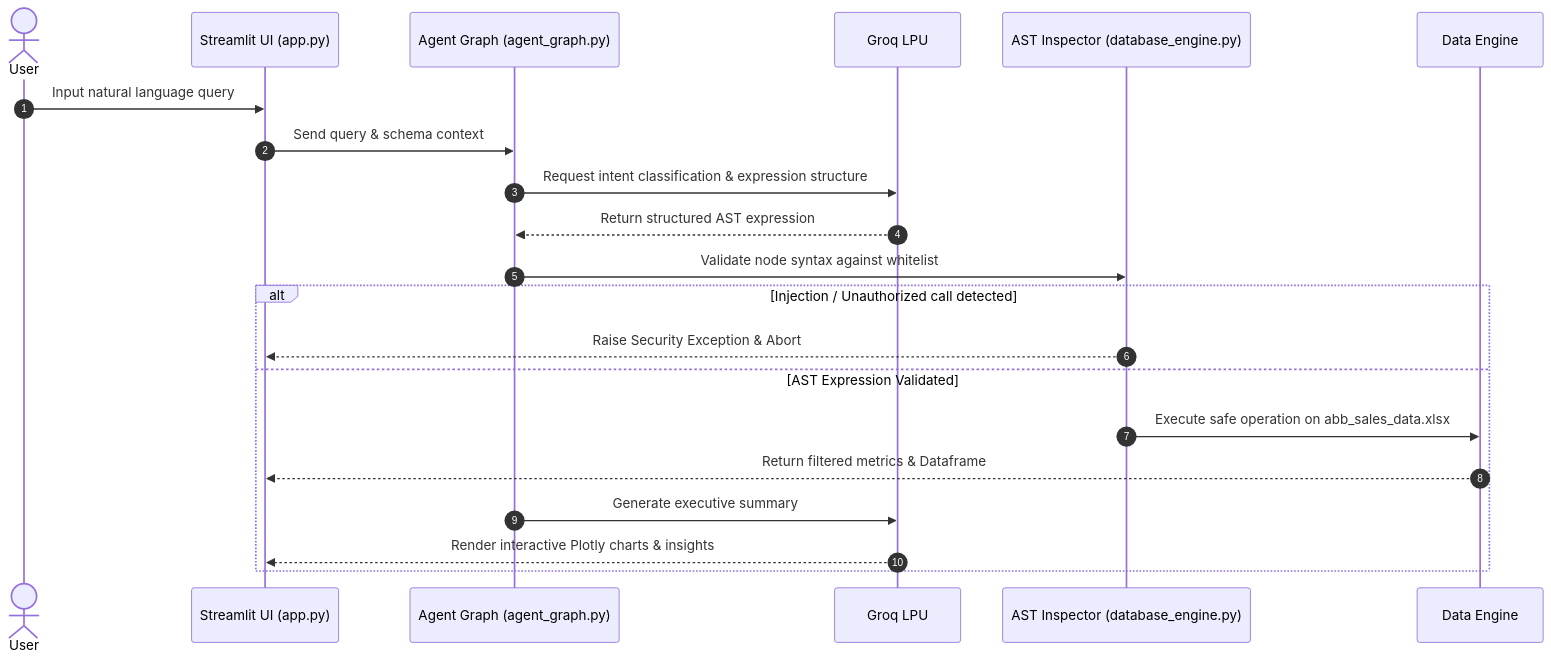
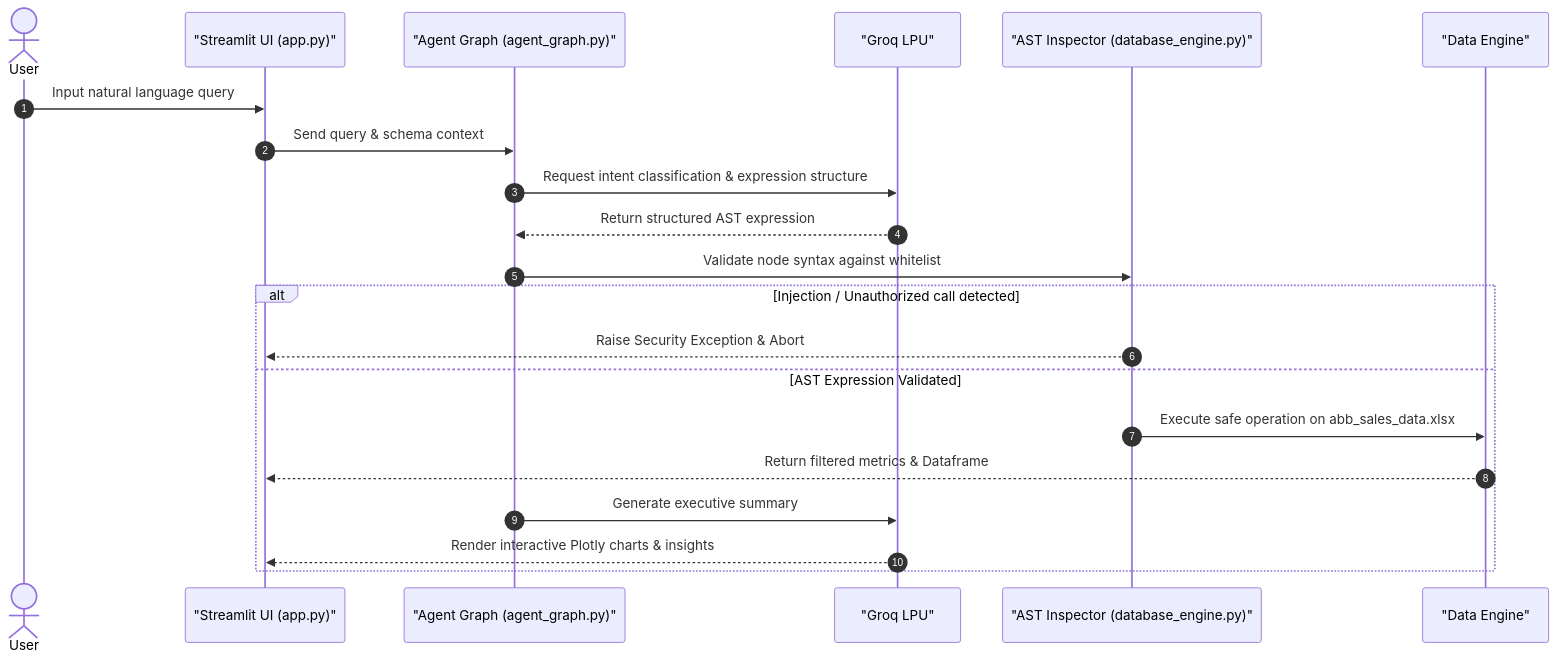
Before and after one commit to KesavaAI/agentic-data-intelligence: the second of 4 diagrams in README.md, drawn with Mermaid. The commit also changed other lines of this file, not shown here.

First line of the commit message:
Enhance README with system architecture and security details

````diff
--- a/README.md
+++ b/README.md
@@ -108,26 +118,26 @@
 ```mermaid
 sequenceDiagram
     autonumber
     actor User
-    participant UI as Streamlit UI (app.py)
-    participant Graph as Agent Graph (agent_graph.py)
-    participant Groq as Groq LPU
-    participant AST as AST Inspector (database_engine.py)
-    participant Data as Data Engine
+    participant UI as "Streamlit UI (app.py)"
+    participant Graph as "Agent Graph (agent_graph.py)"
+    participant Groq as "Groq LPU"
+    participant AST as "AST Inspector (database_engine.py)"
+    participant Data as "Data Engine"
 
     User->>UI: Input natural language query
     UI->>Graph: Send query & schema context
     Graph->>Groq: Request intent classification & expression structure
     Groq-->>Graph: Return structured AST expression
     Graph->>AST: Validate node syntax against whitelist
     
     alt Injection / Unauthorized call detected
         AST-->>UI: Raise Security Exception & Abort
     else AST Expression Validated
         AST->>Data: Execute safe operation on abb_sales_data.xlsx
         Data-->>UI: Return filtered metrics & Dataframe
         Graph->>Groq: Generate executive summary
         Groq-->>UI: Render interactive Plotly charts & insights
     end
 
 ```
````
